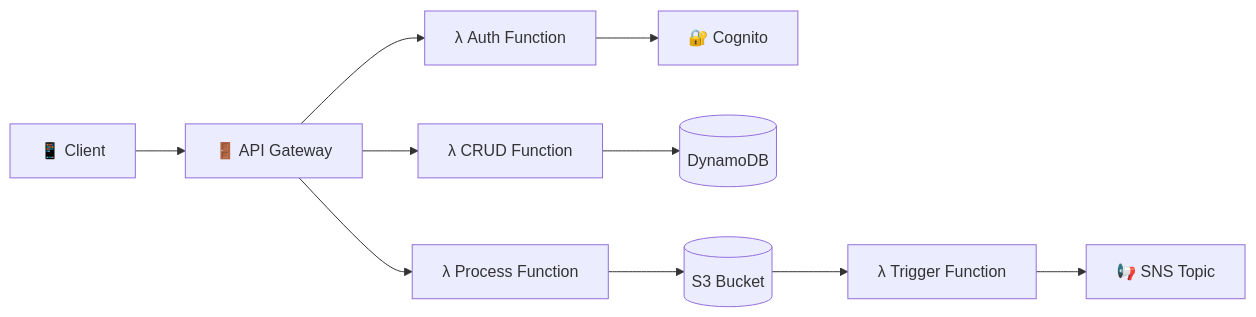
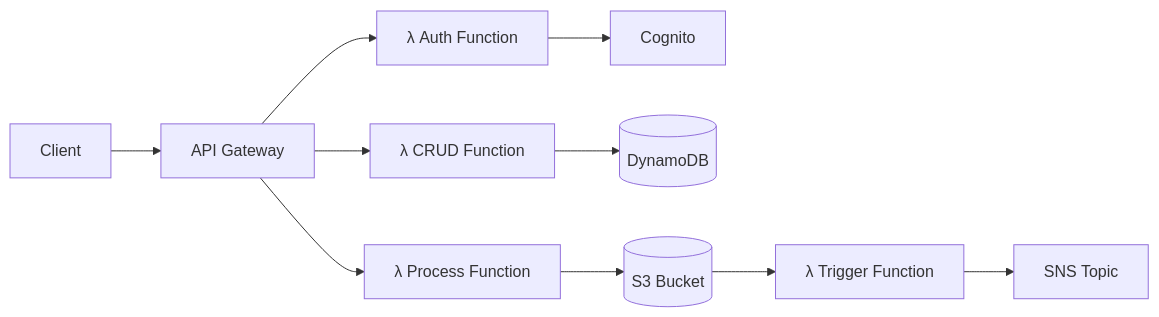
The diagram in examples/serverless.mmd (hexobandit/X9_simplemermaid), drawn with Mermaid before and after one commit. The commit also changed 25 other files, not shown here.

```diff
--- a/examples/serverless.mmd
+++ b/examples/serverless.mmd
@@ -1,10 +1,10 @@
 flowchart LR
-Client[📱 Client] --> APIGW[🚪 API Gateway]
+Client[Client] --> APIGW[API Gateway]
 APIGW --> Lambda1[λ Auth Function]
 APIGW --> Lambda2[λ CRUD Function]
 APIGW --> Lambda3[λ Process Function]
-Lambda1 --> Cognito[🔐 Cognito]
+Lambda1 --> Cognito[Cognito]
 Lambda2 --> DynamoDB[(DynamoDB)]
 Lambda3 --> S3[(S3 Bucket)]
 S3 --> Lambda4[λ Trigger Function]
-Lambda4 --> SNS[📢 SNS Topic]
+Lambda4 --> SNS[SNS Topic]
```
